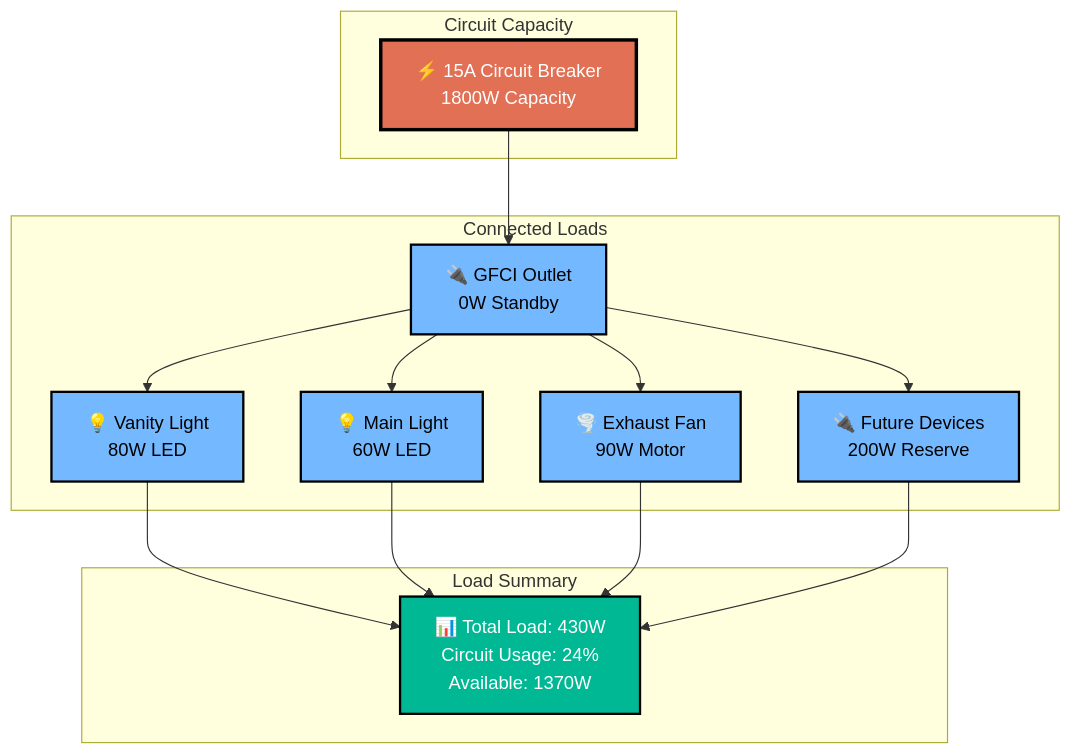
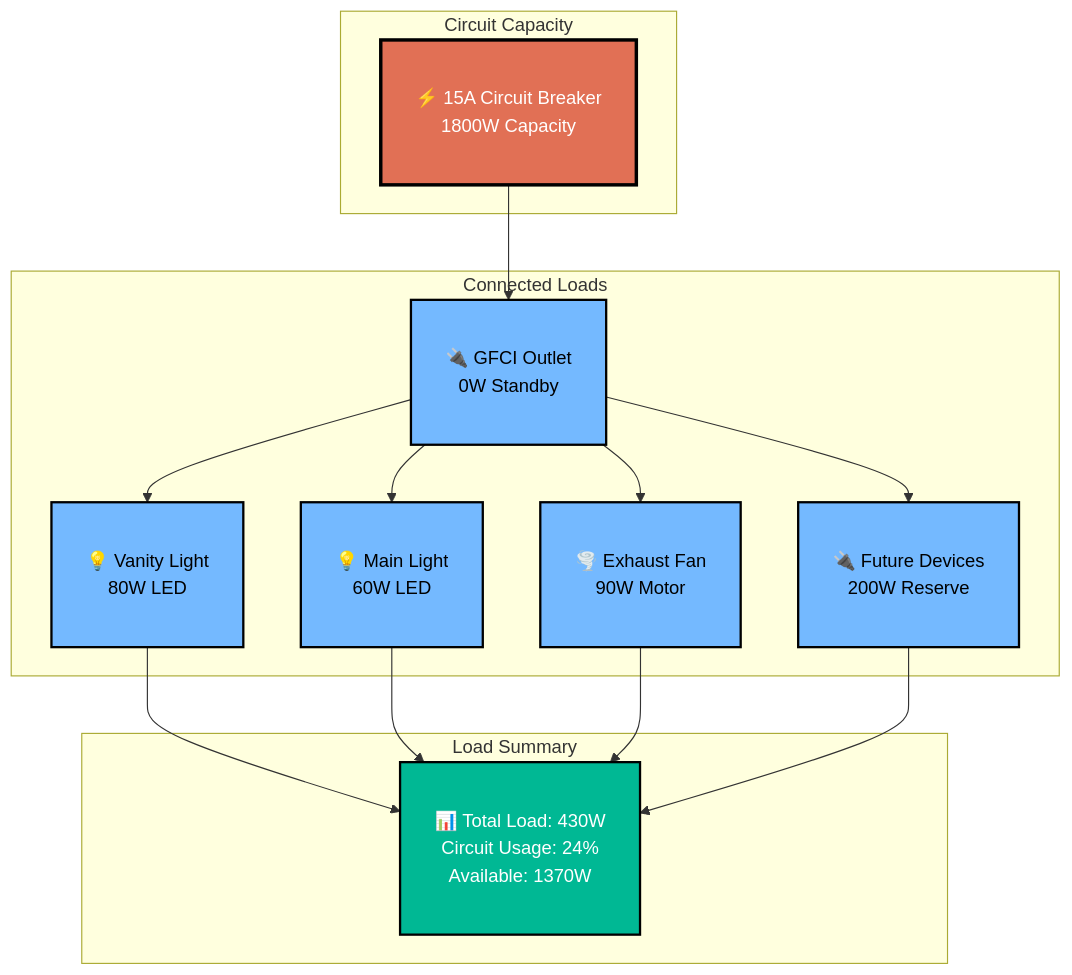
Before and after one commit to ticklemycode/electrical-wiring: the sixth of 8 diagrams in diagrams/mermaid-wiring-diagram.md, drawn with Mermaid. The commit also changed other lines of this file, not shown here.

````diff
--- a/diagrams/mermaid-wiring-diagram.md
+++ b/diagrams/mermaid-wiring-diagram.md
@@ -277,37 +277,37 @@
 ```mermaid
 flowchart TD
     subgraph "Circuit Capacity"
         BREAKER[⚡ 15A Circuit Breaker<br/>1800W Capacity]
     end
     
     subgraph "Connected Loads"
         GFCI[🔌 GFCI Outlet<br/>0W Standby]
         VL[💡 Vanity Light<br/>80W LED]
         ML[💡 Main Light<br/>60W LED]
         FAN[🌪️ Exhaust Fan<br/>90W Motor]
         FUTURE[🔌 Future Devices<br/>200W Reserve]
     end
     
     subgraph "Load Summary"
         TOTAL[📊 Total Load: 430W<br/>Circuit Usage: 24%<br/>Available: 1370W]
     end
     
     BREAKER --> GFCI
     GFCI --> VL
     GFCI --> ML
     GFCI --> FAN
     GFCI --> FUTURE
     
     VL --> TOTAL
     ML --> TOTAL
     FAN --> TOTAL
     FUTURE --> TOTAL
     
-    classDef capacityStyle fill:#e17055,stroke:#000,stroke-width:3px,color:#fff
-    classDef loadStyle fill:#74b9ff,stroke:#000,stroke-width:2px,color:#000
-    classDef summaryStyle fill:#00b894,stroke:#000,stroke-width:2px,color:#fff
+    classDef capacityStyle fill:#e17055,stroke:#000,stroke-width:3px,color:#fff,padding:15px
+    classDef loadStyle fill:#74b9ff,stroke:#000,stroke-width:2px,color:#000,padding:15px
+    classDef summaryStyle fill:#00b894,stroke:#000,stroke-width:2px,color:#fff,padding:15px
     
     class BREAKER capacityStyle
     class GFCI,VL,ML,FAN,FUTURE loadStyle
     class TOTAL summaryStyle
 ```
````
